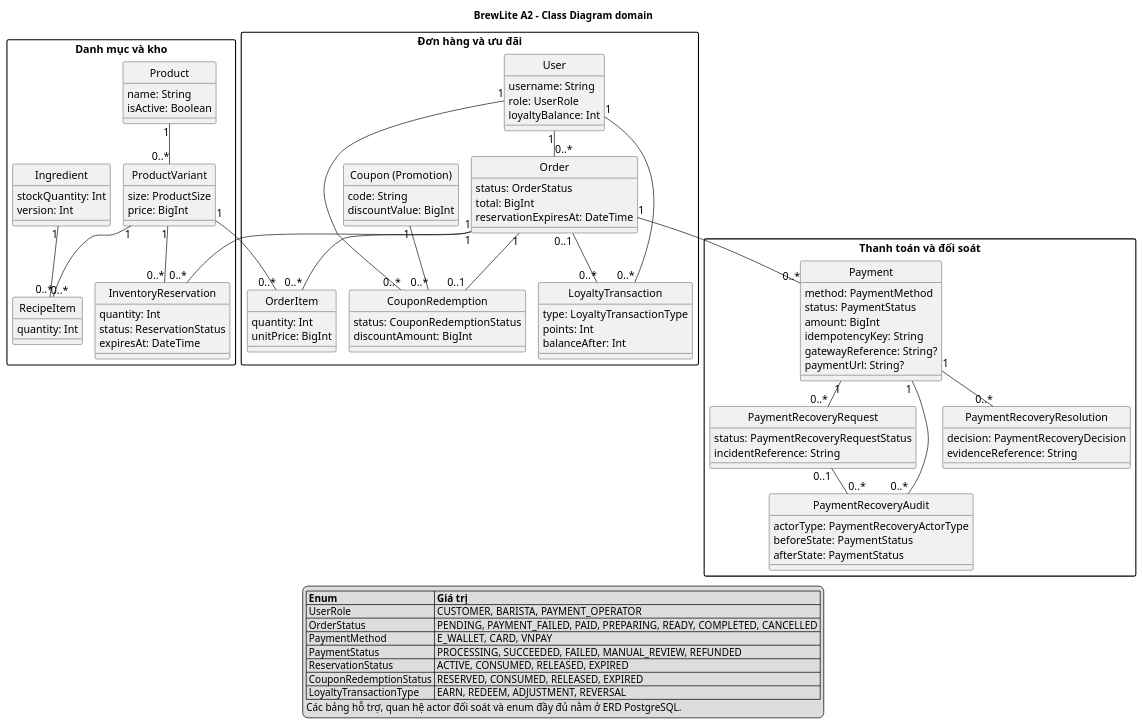
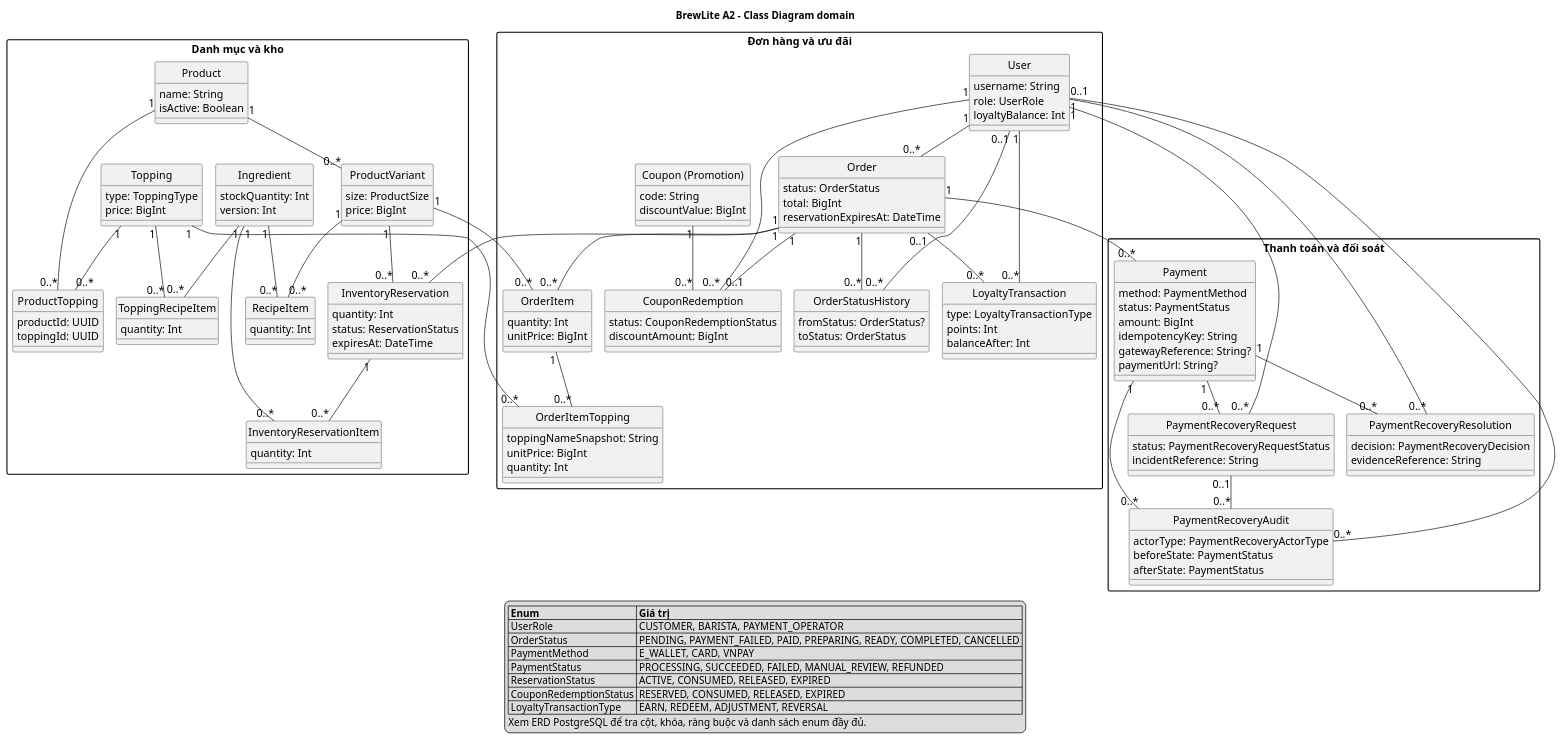
Before and after one commit to Fatcatmmb-sudo/BrewLite_A2: the diagram in docs/diagrams/class-domain.puml, drawn with PlantUML. The commit also changed 31 other files, not shown here.

```diff
--- a/docs/diagrams/class-domain.puml
+++ b/docs/diagrams/class-domain.puml
@@ -1,120 +1,156 @@
 @startuml
 !pragma layout smetana
 title BrewLite A2 - Class Diagram domain
 hide circle
 skinparam defaultFontName Arial
 skinparam defaultFontSize 15
 skinparam classAttributeIconSize 0
 skinparam shadowing false
 skinparam nodesep 19
 skinparam ranksep 25
 skinparam packageStyle rectangle
 
 package "Danh mục và kho" {
   class Product {
     name: String
     isActive: Boolean
   }
   class ProductVariant {
     size: ProductSize
     price: BigInt
   }
   class RecipeItem {
     quantity: Int
   }
+  class Topping {
+    type: ToppingType
+    price: BigInt
+  }
+  class ProductTopping {
+    productId: UUID
+    toppingId: UUID
+  }
+  class ToppingRecipeItem {
+    quantity: Int
+  }
   class Ingredient {
     stockQuantity: Int
     version: Int
   }
   class InventoryReservation {
     quantity: Int
     status: ReservationStatus
     expiresAt: DateTime
+  }
+  class InventoryReservationItem {
+    quantity: Int
   }
 }
 
 package "Đơn hàng và ưu đãi" {
   class User {
     username: String
     role: UserRole
     loyaltyBalance: Int
   }
   class Order {
     status: OrderStatus
     total: BigInt
     reservationExpiresAt: DateTime
   }
   class OrderItem {
     quantity: Int
     unitPrice: BigInt
+  }
+  class OrderItemTopping {
+    toppingNameSnapshot: String
+    unitPrice: BigInt
+    quantity: Int
+  }
+  class OrderStatusHistory {
+    fromStatus: OrderStatus?
+    toStatus: OrderStatus
   }
   class "Coupon (Promotion)" as Coupon {
     code: String
     discountValue: BigInt
   }
   class CouponRedemption {
     status: CouponRedemptionStatus
     discountAmount: BigInt
   }
   class LoyaltyTransaction {
     type: LoyaltyTransactionType
     points: Int
     balanceAfter: Int
   }
 }
 
 package "Thanh toán và đối soát" {
   class Payment {
     method: PaymentMethod
     status: PaymentStatus
     amount: BigInt
     idempotencyKey: String
     gatewayReference: String?
     paymentUrl: String?
   }
   class PaymentRecoveryRequest {
     status: PaymentRecoveryRequestStatus
     incidentReference: String
   }
   class PaymentRecoveryAudit {
     actorType: PaymentRecoveryActorType
     beforeState: PaymentStatus
     afterState: PaymentStatus
   }
   class PaymentRecoveryResolution {
     decision: PaymentRecoveryDecision
     evidenceReference: String
   }
 }
 
 Product "1" -- "0..*" ProductVariant
 ProductVariant "1" -- "0..*" RecipeItem
 Ingredient "1" -- "0..*" RecipeItem
+Product "1" -- "0..*" ProductTopping
+Topping "1" -- "0..*" ProductTopping
+Topping "1" -- "0..*" ToppingRecipeItem
+Ingredient "1" -- "0..*" ToppingRecipeItem
 ProductVariant "1" -- "0..*" OrderItem
 ProductVariant "1" -- "0..*" InventoryReservation
 User "1" -- "0..*" Order
 Order "1" -- "0..*" OrderItem
+OrderItem "1" -- "0..*" OrderItemTopping
+Topping "1" -- "0..*" OrderItemTopping
+Order "1" -- "0..*" OrderStatusHistory
+User "0..1" -- "0..*" OrderStatusHistory
 Order "1" -- "0..*" InventoryReservation
+InventoryReservation "1" -- "0..*" InventoryReservationItem
+Ingredient "1" -- "0..*" InventoryReservationItem
 Order "1" -- "0..*" Payment
 Coupon "1" -- "0..*" CouponRedemption
 Order "1" -- "0..1" CouponRedemption
 User "1" -- "0..*" CouponRedemption
 User "1" -- "0..*" LoyaltyTransaction
 Order "0..1" -- "0..*" LoyaltyTransaction
 Payment "1" -- "0..*" PaymentRecoveryRequest
 Payment "1" -- "0..*" PaymentRecoveryAudit
 Payment "1" -- "0..*" PaymentRecoveryResolution
 PaymentRecoveryRequest "0..1" -- "0..*" PaymentRecoveryAudit
+User "1" -- "0..*" PaymentRecoveryRequest
+User "0..1" -- "0..*" PaymentRecoveryAudit
+User "1" -- "0..*" PaymentRecoveryResolution
 
 legend bottom
   |= Enum |= Giá trị |
   | UserRole | CUSTOMER, BARISTA, PAYMENT_OPERATOR |
   | OrderStatus | PENDING, PAYMENT_FAILED, PAID, PREPARING, READY, COMPLETED, CANCELLED |
   | PaymentMethod | E_WALLET, CARD, VNPAY |
   | PaymentStatus | PROCESSING, SUCCEEDED, FAILED, MANUAL_REVIEW, REFUNDED |
   | ReservationStatus | ACTIVE, CONSUMED, RELEASED, EXPIRED |
   | CouponRedemptionStatus | RESERVED, CONSUMED, RELEASED, EXPIRED |
   | LoyaltyTransactionType | EARN, REDEEM, ADJUSTMENT, REVERSAL |
-  Các bảng hỗ trợ, quan hệ actor đối soát và enum đầy đủ nằm ở ERD PostgreSQL.
+  Xem ERD PostgreSQL để tra cột, khóa, ràng buộc và danh sách enum đầy đủ.
 endlegend
 @enduml
```
